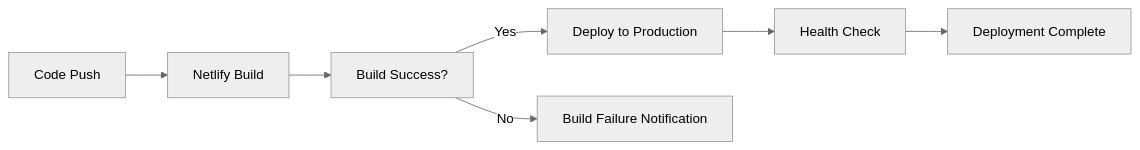
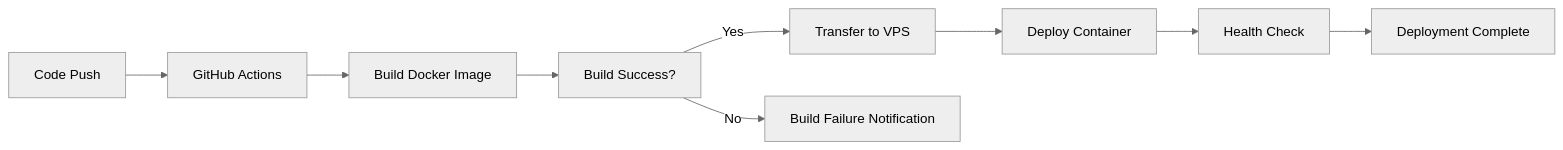
The diagram in docs/DEPLOYMENT_GUIDE.md (faro-tech-solution/novan-webapp), drawn with Mermaid (neutral theme) before and after one commit. The commit also changed other lines of this file and 12 other files, not shown here.

````diff
--- a/docs/DEPLOYMENT_GUIDE.md
+++ b/docs/DEPLOYMENT_GUIDE.md
@@ -170,9 +160,11 @@
 ```mermaid
 graph LR
-    A[Code Push] --> B[Netlify Build]
-    B --> C[Build Success?]
-    C -->|Yes| D[Deploy to Production]
-    C -->|No| E[Build Failure Notification]
-    D --> F[Health Check]
-    F --> G[Deployment Complete]
+    A[Code Push] --> B[GitHub Actions]
+    B --> C[Build Docker Image]
+    C --> D[Build Success?]
+    D -->|Yes| E[Transfer to VPS]
+    D -->|No| F[Build Failure Notification]
+    E --> G[Deploy Container]
+    G --> H[Health Check]
+    H --> I[Deployment Complete]
 ```
````
